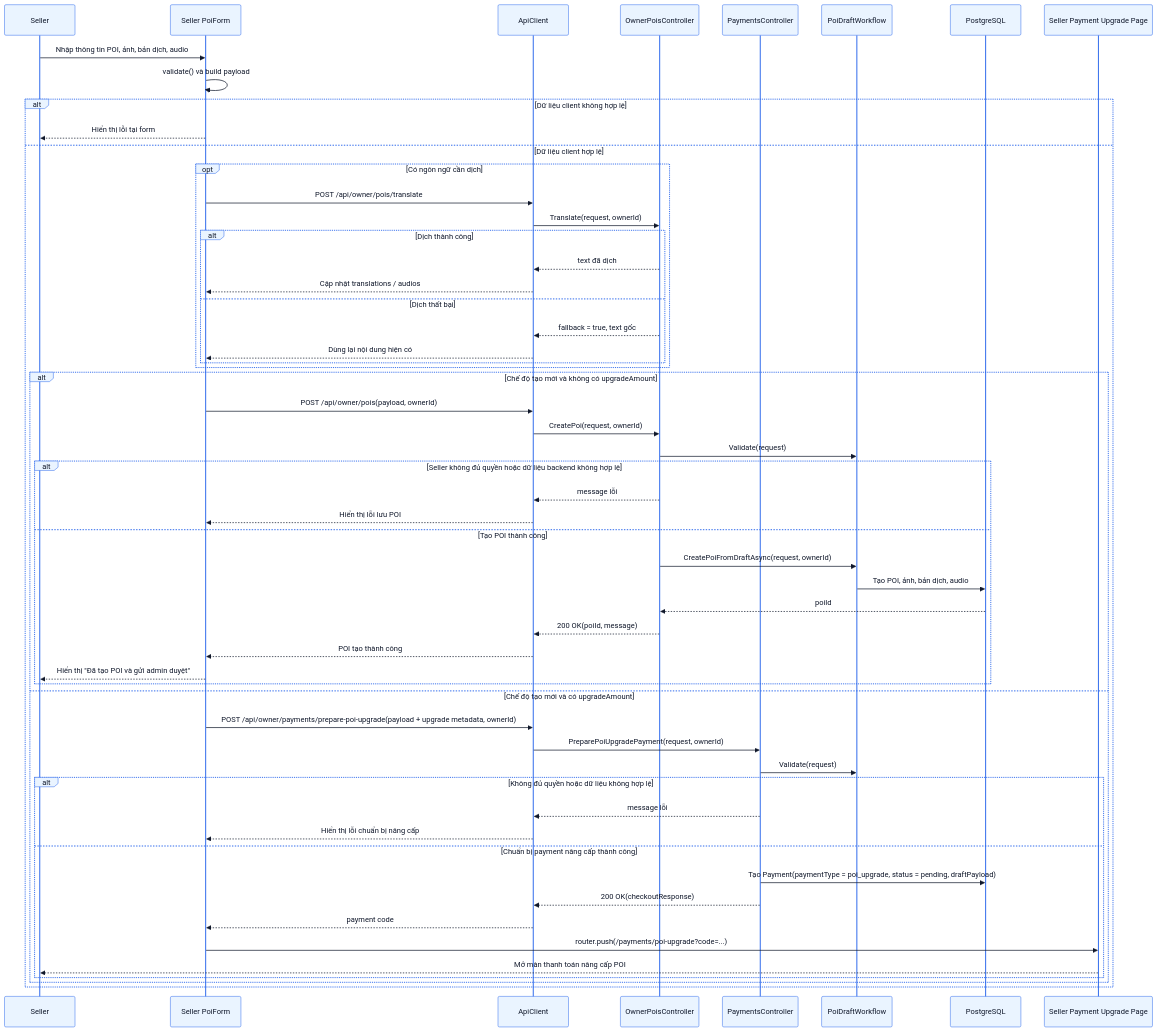
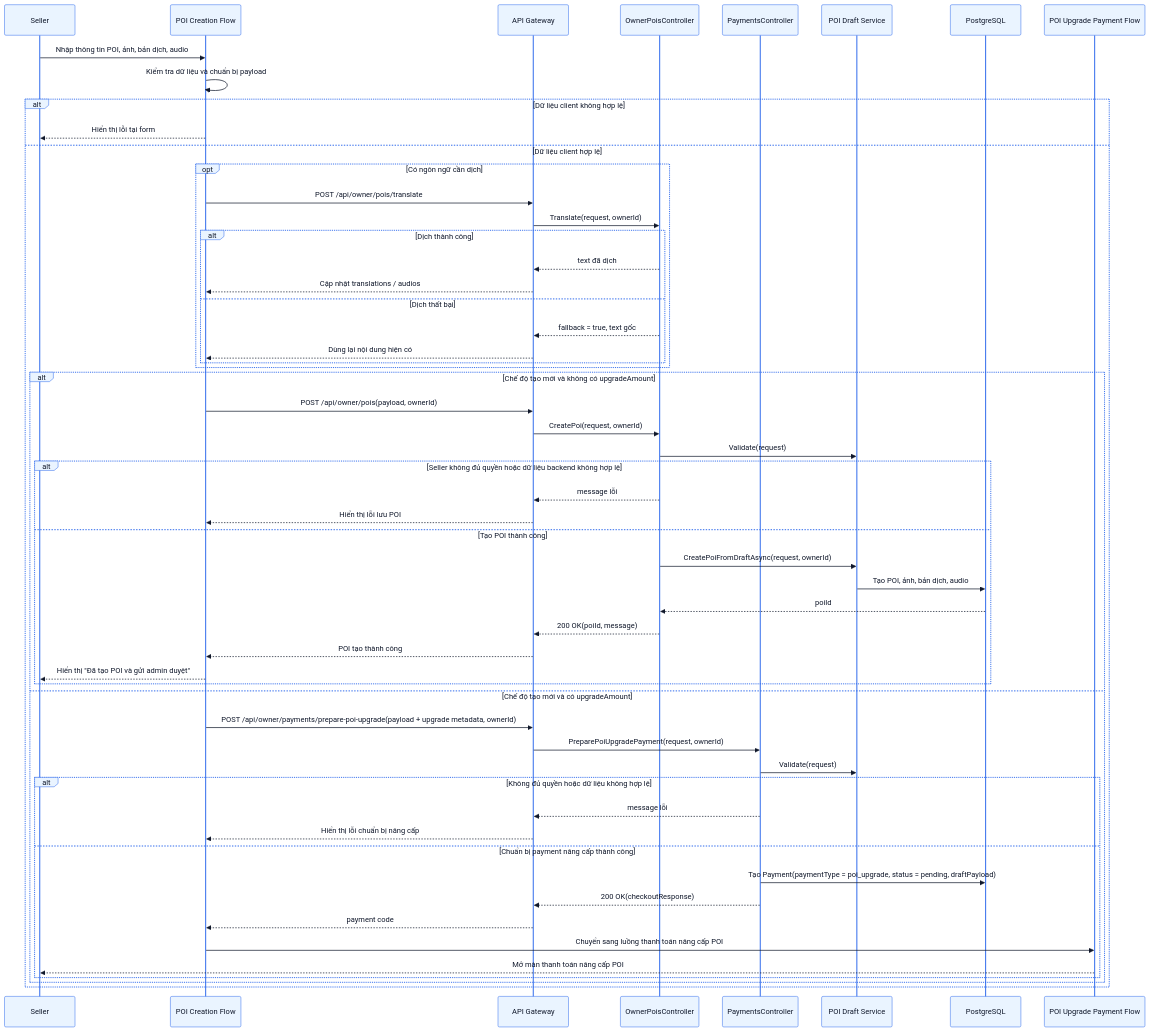
One commit to thaiquanghieu/smart-guide-system changed the tenth of 30 diagrams in docs/PRD.md. Above: the diagram before and after it, drawn with Mermaid. The commit also changed other lines of this file and 1 other file, not shown here.

````diff
--- a/docs/PRD.md
+++ b/docs/PRD.md
@@ -908,80 +1298,80 @@
 ```mermaid
 %%{init: {
   "theme": "base",
   "themeVariables": {
     "primaryColor": "#EAF4FF",
     "primaryBorderColor": "#2563EB",
     "primaryTextColor": "#0F172A",
     "lineColor": "#2563EB",
     "secondaryColor": "#DBEAFE",
     "tertiaryColor": "#F8FBFF",
     "noteBkgColor": "#EFF6FF",
     "noteBorderColor": "#3B82F6",
     "activationBorderColor": "#2563EB",
     "activationBkgColor": "#DBEAFE",
     "sequenceNumberColor": "#0F172A"
   }
 }}%%
 sequenceDiagram
     participant Seller as Seller
-    participant PoiForm as Seller PoiForm
-    participant API as ApiClient
+    participant PoiForm as POI Creation Flow
+    participant API as API Gateway
     participant OwnerCtl as OwnerPoisController
     participant PaymentCtl as PaymentsController
-    participant DraftSvc as PoiDraftWorkflow
+    participant DraftSvc as POI Draft Service
     participant DB as PostgreSQL
-    participant UpgradePage as Seller Payment Upgrade Page
+    participant UpgradePage as POI Upgrade Payment Flow
 
     Seller ->> PoiForm: Nhập thông tin POI, ảnh, bản dịch, audio
-    PoiForm ->> PoiForm: validate() và build payload
+    PoiForm ->> PoiForm: Kiểm tra dữ liệu và chuẩn bị payload
 
     alt Dữ liệu client không hợp lệ
         PoiForm -->> Seller: Hiển thị lỗi tại form
     else Dữ liệu client hợp lệ
         opt Có ngôn ngữ cần dịch
             PoiForm ->> API: POST /api/owner/pois/translate
             API ->> OwnerCtl: Translate(request, ownerId)
 
             alt Dịch thành công
                 OwnerCtl -->> API: text đã dịch
                 API -->> PoiForm: Cập nhật translations / audios
             else Dịch thất bại
                 OwnerCtl -->> API: fallback = true, text gốc
                 API -->> PoiForm: Dùng lại nội dung hiện có
             end
         end
 
         alt Chế độ tạo mới và không có upgradeAmount
             PoiForm ->> API: POST /api/owner/pois(payload, ownerId)
             API ->> OwnerCtl: CreatePoi(request, ownerId)
             OwnerCtl ->> DraftSvc: Validate(request)
 
             alt Seller không đủ quyền hoặc dữ liệu backend không hợp lệ
                 OwnerCtl -->> API: message lỗi
                 API -->> PoiForm: Hiển thị lỗi lưu POI
             else Tạo POI thành công
                 OwnerCtl ->> DraftSvc: CreatePoiFromDraftAsync(request, ownerId)
                 DraftSvc ->> DB: Tạo POI, ảnh, bản dịch, audio
                 DB -->> OwnerCtl: poiId
                 OwnerCtl -->> API: 200 OK(poiId, message)
                 API -->> PoiForm: POI tạo thành công
                 PoiForm -->> Seller: Hiển thị "Đã tạo POI và gửi admin duyệt"
             end
         else Chế độ tạo mới và có upgradeAmount
             PoiForm ->> API: POST /api/owner/payments/prepare-poi-upgrade(payload + upgrade metadata, ownerId)
             API ->> PaymentCtl: PreparePoiUpgradePayment(request, ownerId)
             PaymentCtl ->> DraftSvc: Validate(request)
 
             alt Không đủ quyền hoặc dữ liệu không hợp lệ
                 PaymentCtl -->> API: message lỗi
                 API -->> PoiForm: Hiển thị lỗi chuẩn bị nâng cấp
             else Chuẩn bị payment nâng cấp thành công
                 PaymentCtl ->> DB: Tạo Payment(paymentType = poi_upgrade, status = pending, draftPayload)
                 PaymentCtl -->> API: 200 OK(checkoutResponse)
                 API -->> PoiForm: payment code
-                PoiForm ->> UpgradePage: router.push(/payments/poi-upgrade?code=...)
+                PoiForm ->> UpgradePage: Chuyển sang luồng thanh toán nâng cấp POI
                 UpgradePage -->> Seller: Mở màn thanh toán nâng cấp POI
             end
         end
     end
 ```
````
